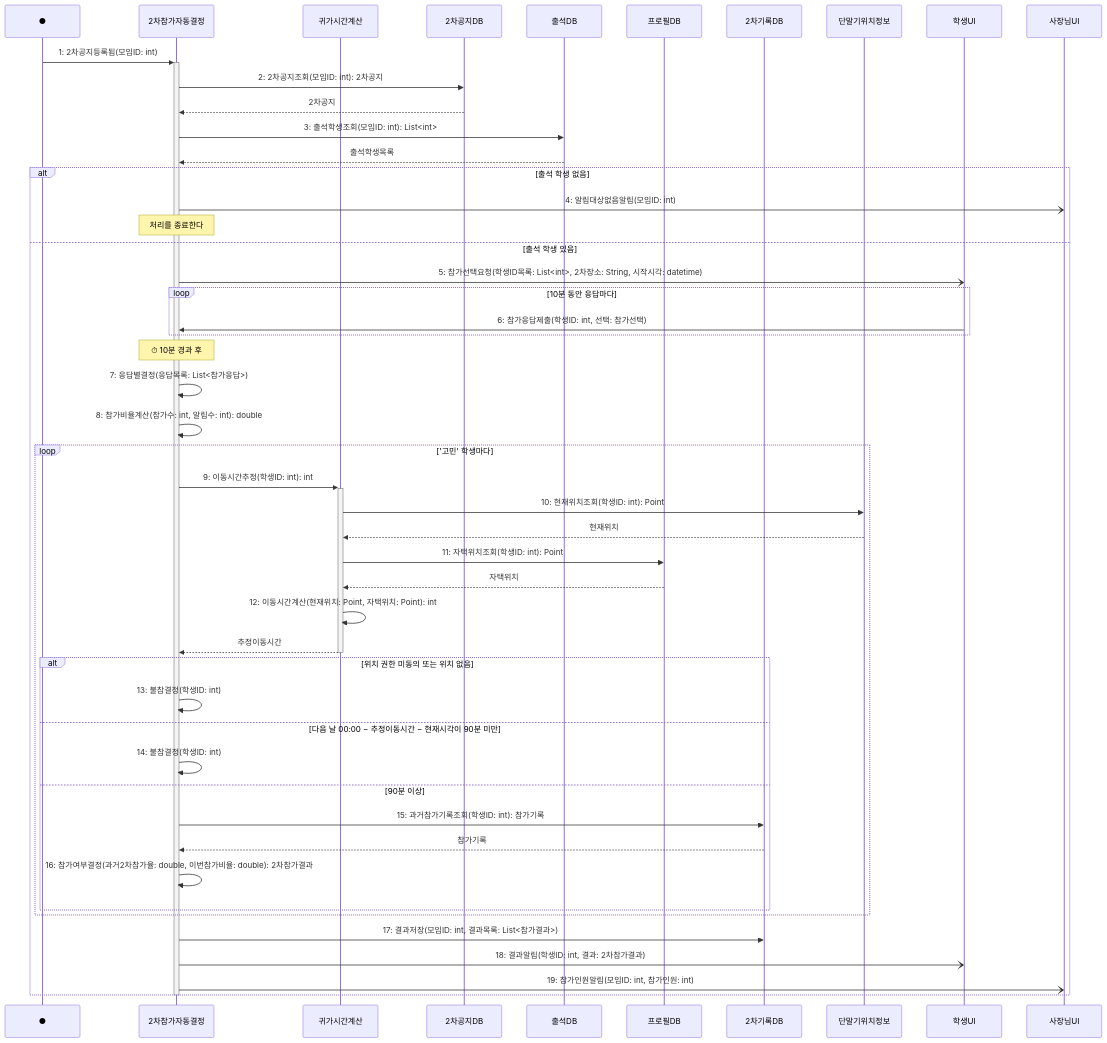
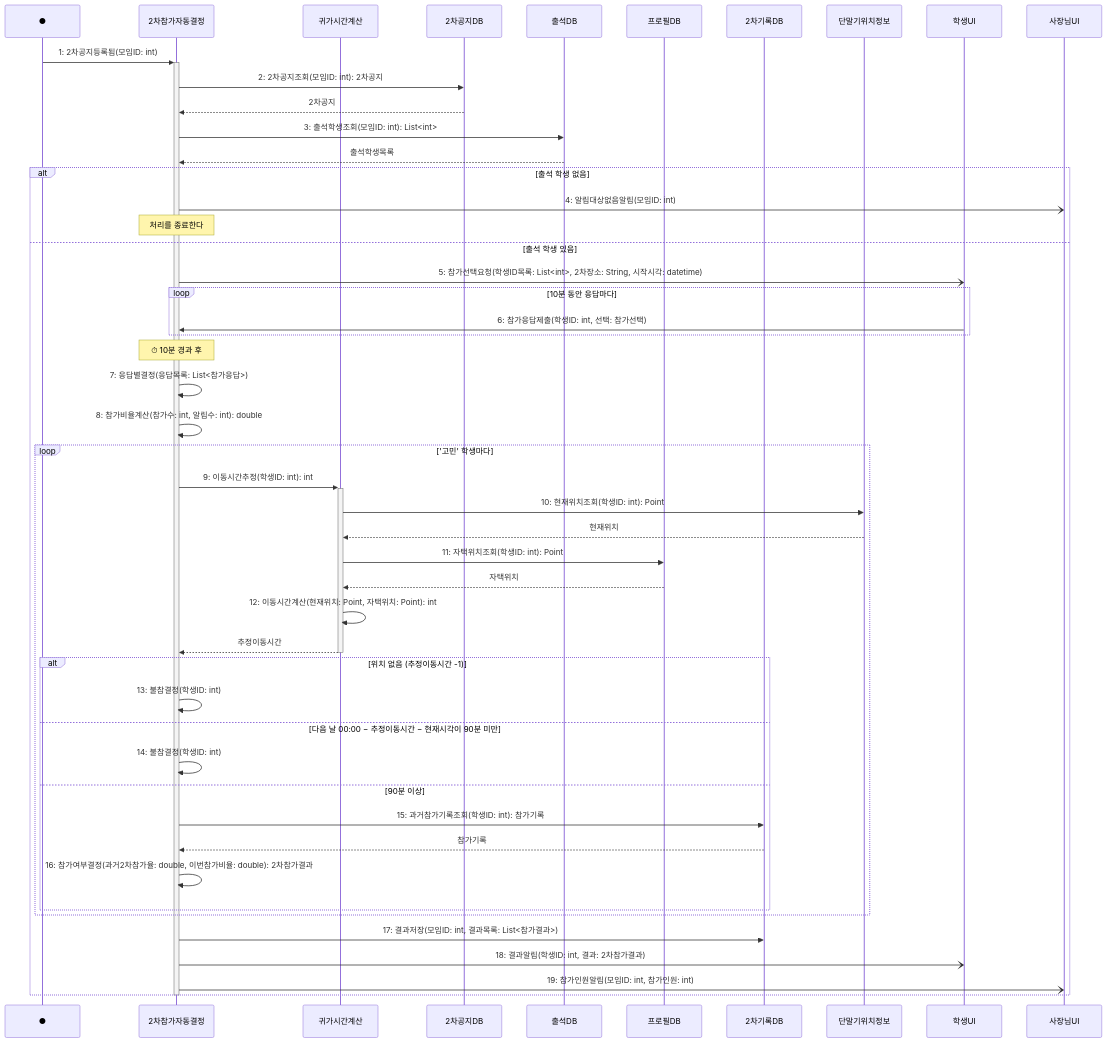
The diagram in sequence/seq-20.md (hojae3/sw-engineering-16), drawn with Mermaid before and after one commit. The commit also changed other lines of this file and 42 other files, not shown here.

````diff
--- a/sequence/seq-20.md
+++ b/sequence/seq-20.md
@@ -28,57 +28,57 @@
 ```mermaid
 sequenceDiagram
     participant Found as ●
     participant 결정 as 2차참가자동결정
     participant 귀가 as 귀가시간계산
     participant 공지DB as 2차공지DB
     participant 출석DB as 출석DB
     participant 프로필DB as 프로필DB
     participant 기록DB as 2차기록DB
     participant 위치 as 단말기위치정보
     participant 학생UI as 학생UI
     participant 사장님UI as 사장님UI
 
     Found->>+결정: 1: 2차공지등록됨(모임ID: int)
     결정->>공지DB: 2: 2차공지조회(모임ID: int): 2차공지
     공지DB-->>결정: 2차공지
     결정->>출석DB: 3: 출석학생조회(모임ID: int): List<int>
     출석DB-->>결정: 출석학생목록
 
     alt 출석 학생 없음
         결정-)사장님UI: 4: 알림대상없음알림(모임ID: int)
         Note over 결정: 처리를 종료한다
     else 출석 학생 있음
         결정-)학생UI: 5: 참가선택요청(학생ID목록: List<int>, 2차장소: String, 시작시각: datetime)
         loop 10분 동안 응답마다
             학생UI->>결정: 6: 참가응답제출(학생ID: int, 선택: 참가선택)
         end
         Note over 결정: ⏱ 10분 경과 후
         결정->>결정: 7: 응답별결정(응답목록: List<참가응답>)
         결정->>결정: 8: 참가비율계산(참가수: int, 알림수: int): double
 
         loop '고민' 학생마다
             결정->>+귀가: 9: 이동시간추정(학생ID: int): int
             귀가->>위치: 10: 현재위치조회(학생ID: int): Point
             위치-->>귀가: 현재위치
             귀가->>프로필DB: 11: 자택위치조회(학생ID: int): Point
             프로필DB-->>귀가: 자택위치
             귀가->>귀가: 12: 이동시간계산(현재위치: Point, 자택위치: Point): int
             귀가-->>-결정: 추정이동시간
 
-            alt 위치 권한 미동의 또는 위치 없음
+            alt 위치 없음 (추정이동시간 -1)
                 결정->>결정: 13: 불참결정(학생ID: int)
             else 다음 날 00:00 − 추정이동시간 − 현재시각이 90분 미만
                 결정->>결정: 14: 불참결정(학생ID: int)
             else 90분 이상
                 결정->>기록DB: 15: 과거참가기록조회(학생ID: int): 참가기록
                 기록DB-->>결정: 참가기록
                 결정->>결정: 16: 참가여부결정(과거2차참가율: double, 이번참가비율: double): 2차참가결과
             end
         end
 
         결정->>기록DB: 17: 결과저장(모임ID: int, 결과목록: List<참가결과>)
         결정-)학생UI: 18: 결과알림(학생ID: int, 결과: 2차참가결과)
         결정-)사장님UI: 19: 참가인원알림(모임ID: int, 참가인원: int)
     end
     deactivate 결정
 ```
````
